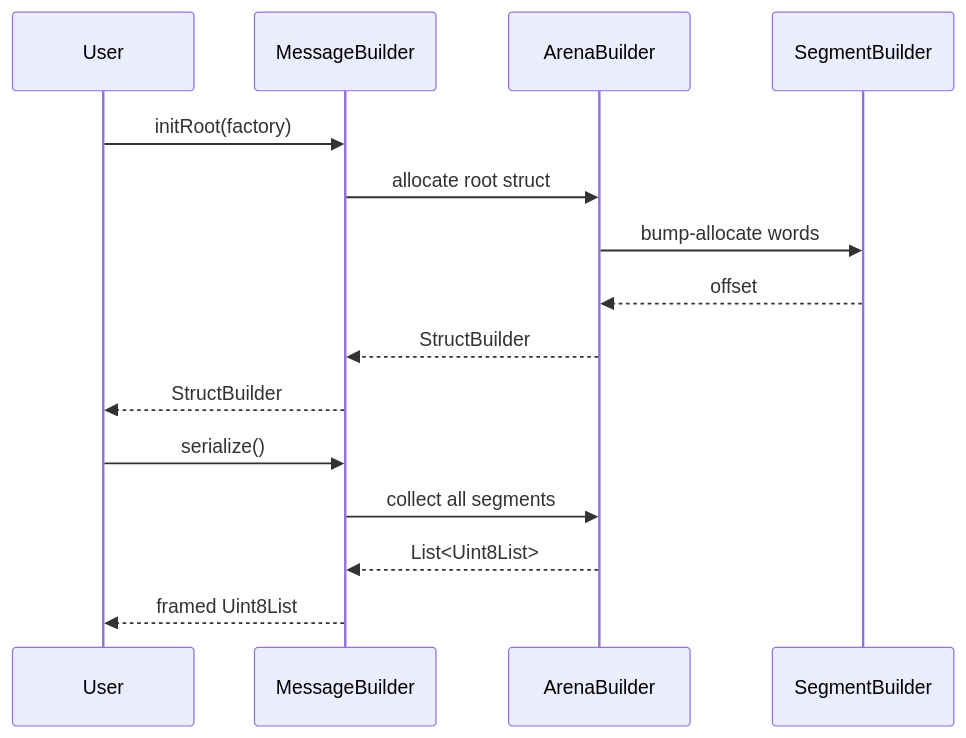
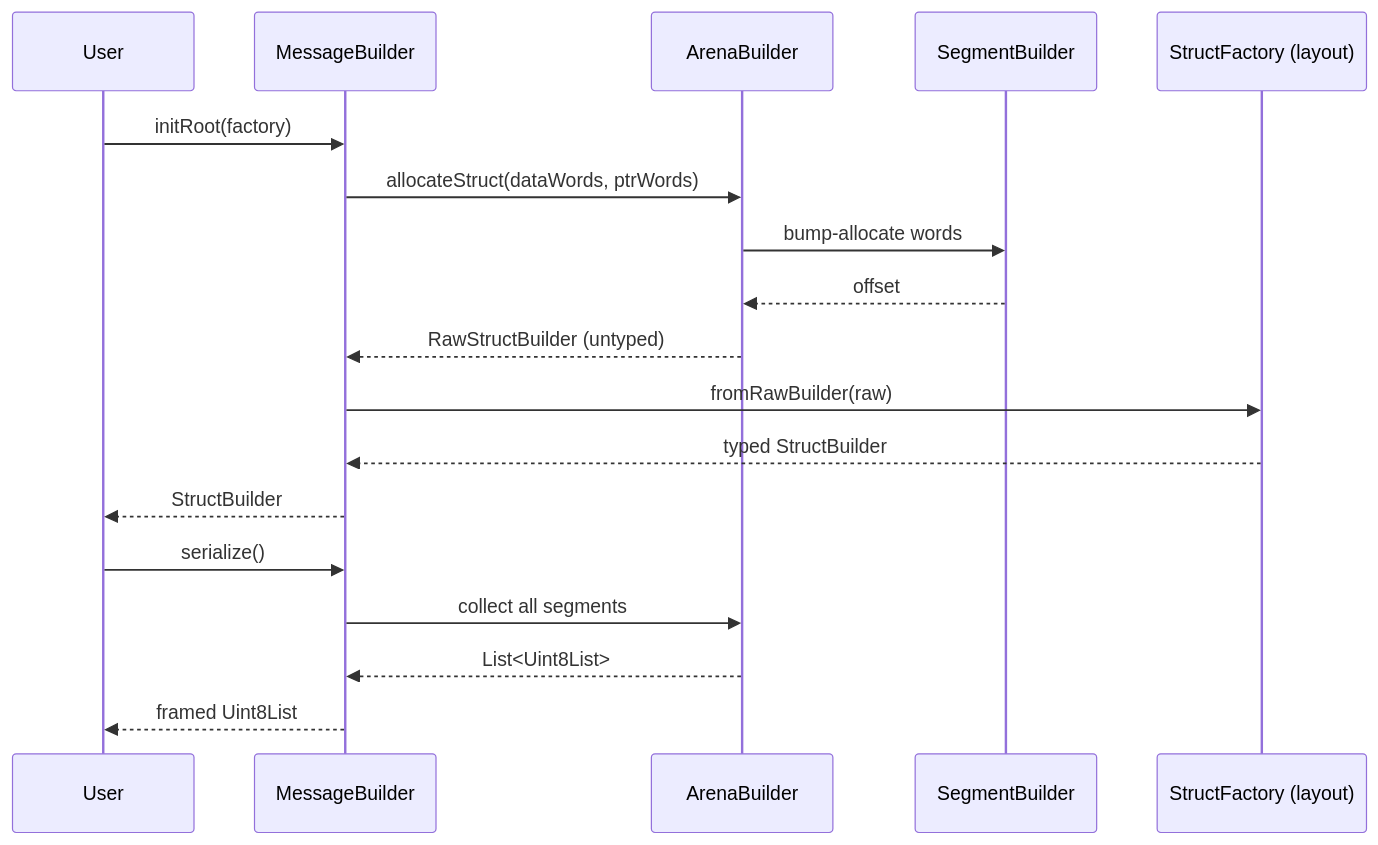
One commit to AngryMane/capnproto-dart changed the second of 5 diagrams in docs/internal-design.md. Above: the diagram before and after it, drawn with Mermaid. The commit also changed other lines of this file, not shown here.

````diff
--- a/docs/internal-design.md
+++ b/docs/internal-design.md
@@ -88,19 +88,22 @@
 ```mermaid
 sequenceDiagram
     participant User
     participant MessageBuilder
     participant ArenaBuilder
     participant SegmentBuilder
+    participant StructFactory as StructFactory (layout)
 
     User->>MessageBuilder: initRoot(factory)
-    MessageBuilder->>ArenaBuilder: allocate root struct
+    MessageBuilder->>ArenaBuilder: allocateStruct(dataWords, ptrWords)
     ArenaBuilder->>SegmentBuilder: bump-allocate words
     SegmentBuilder-->>ArenaBuilder: offset
-    ArenaBuilder-->>MessageBuilder: StructBuilder
+    ArenaBuilder-->>MessageBuilder: RawStructBuilder (untyped)
+    MessageBuilder->>StructFactory: fromRawBuilder(raw)
+    StructFactory-->>MessageBuilder: typed StructBuilder
     MessageBuilder-->>User: StructBuilder
 
     User->>MessageBuilder: serialize()
     MessageBuilder->>ArenaBuilder: collect all segments
     ArenaBuilder-->>MessageBuilder: List<Uint8List>
     MessageBuilder-->>User: framed Uint8List
 ```
````
